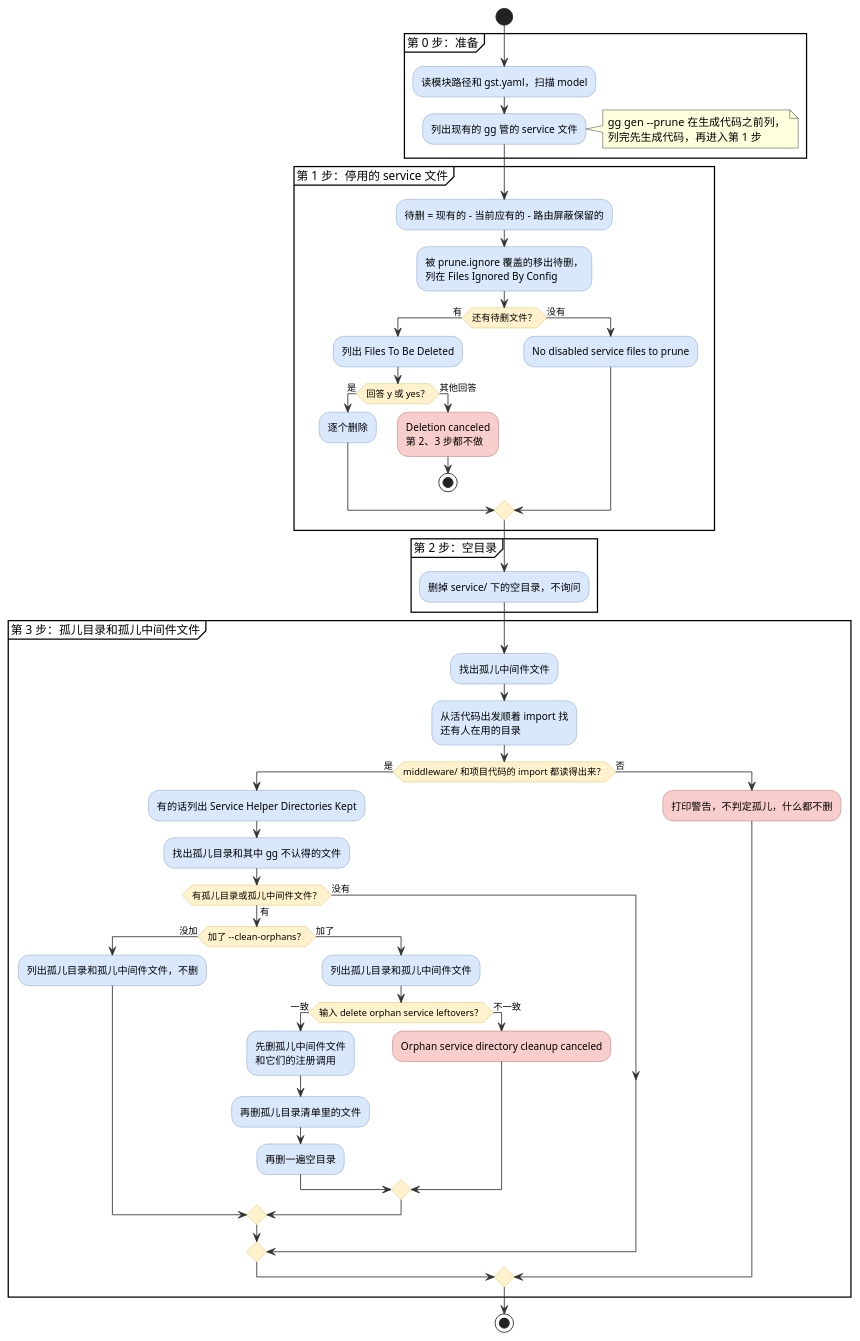
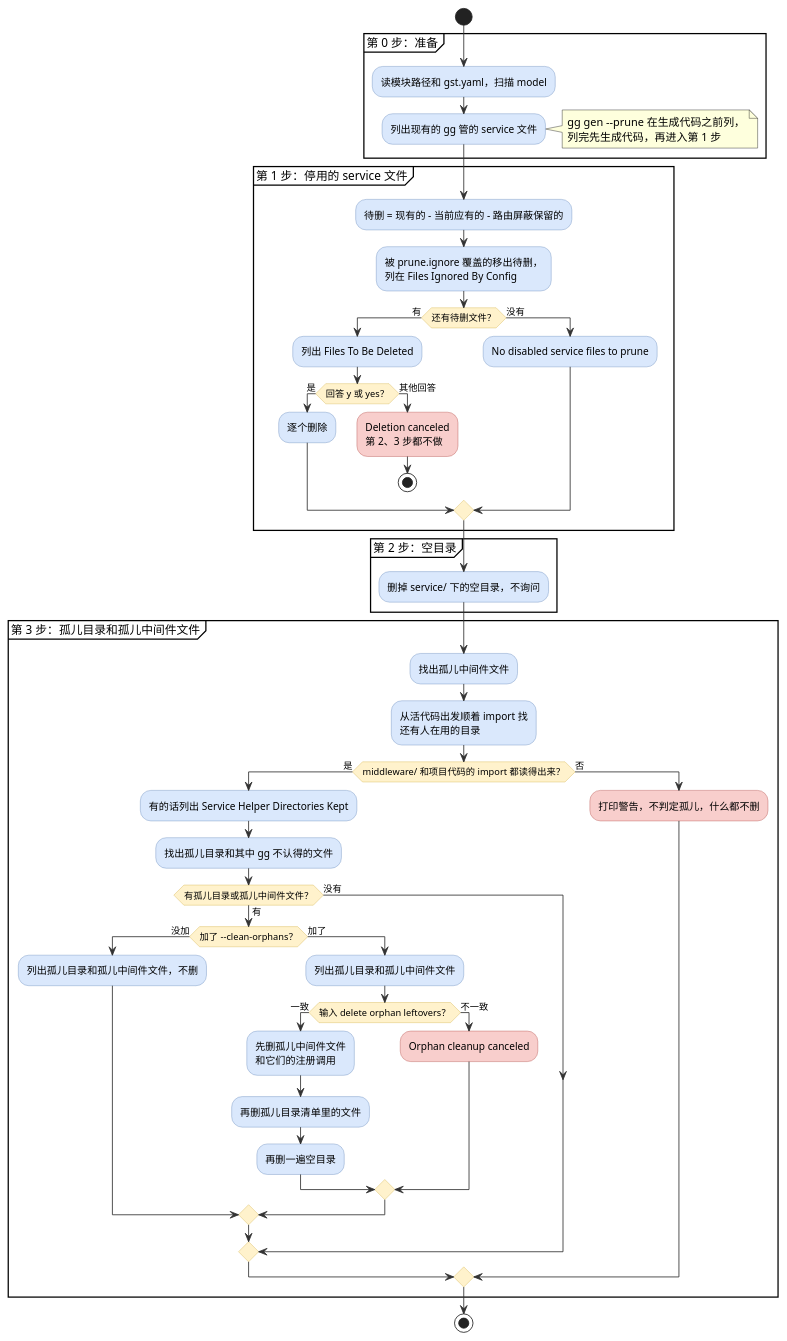
One commit to hydroan/gst changed the first of 2 diagrams in cmd/gg/PRUNE.md. Above: the diagram before and after it, drawn with PlantUML. The commit also changed other lines of this file and 3 other files, not shown here.

First line of the commit message:
fix(prune): confirm and cancel orphan cleanup in words that cover the middleware

````diff
--- a/cmd/gg/PRUNE.md
+++ b/cmd/gg/PRUNE.md
@@ -13,71 +13,71 @@
 ```plantuml
 @startuml
 skinparam activity {
   BackgroundColor #dae8fc
   BorderColor #6c8ebf
   ArrowColor #333333
   DiamondBackgroundColor #fff2cc
   DiamondBorderColor #d6b656
   BackgroundColor<<cancel>> #f8cecc
   BorderColor<<cancel>> #b85450
 }
 
 start
 partition "第 0 步：准备" {
   :读模块路径和 gst.yaml，扫描 model;
   :列出现有的 gg 管的 service 文件;
   note right
     gg gen --prune 在生成代码之前列，
     列完先生成代码，再进入第 1 步
   end note
 }
 partition "第 1 步：停用的 service 文件" {
   :待删 = 现有的 - 当前应有的 - 路由屏蔽保留的;
   :被 prune.ignore 覆盖的移出待删，
   列在 Files Ignored By Config;
   if (还有待删文件？) then (有)
     :列出 Files To Be Deleted;
     if (回答 y 或 yes？) then (是)
       :逐个删除;
     else (其他回答)
       :Deletion canceled
       第 2、3 步都不做; <<cancel>>
       stop
     endif
   else (没有)
     :No disabled service files to prune;
   endif
 }
 partition "第 2 步：空目录" {
   :删掉 service/ 下的空目录，不询问;
 }
 partition "第 3 步：孤儿目录和孤儿中间件文件" {
   :找出孤儿中间件文件;
   :从活代码出发顺着 import 找
   还有人在用的目录;
   if (middleware/ 和项目代码的 import 都读得出来？) then (是)
     :有的话列出 Service Helper Directories Kept;
     :找出孤儿目录和其中 gg 不认得的文件;
     if (有孤儿目录或孤儿中间件文件？) then (有)
       if (加了 --clean-orphans？) then (没加)
         :列出孤儿目录和孤儿中间件文件，不删;
       else (加了)
         :列出孤儿目录和孤儿中间件文件;
-        if (输入 delete orphan service leftovers？) then (一致)
+        if (输入 delete orphan leftovers？) then (一致)
           :先删孤儿中间件文件
           和它们的注册调用;
           :再删孤儿目录清单里的文件;
           :再删一遍空目录;
         else (不一致)
-          :Orphan service directory cleanup canceled; <<cancel>>
+          :Orphan cleanup canceled; <<cancel>>
         endif
       endif
     else (没有)
     endif
   else (否)
     :打印警告，不判定孤儿，什么都不删; <<cancel>>
   endif
 }
 stop
 @enduml
 ```
````
